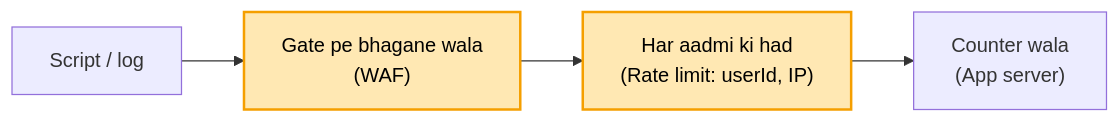
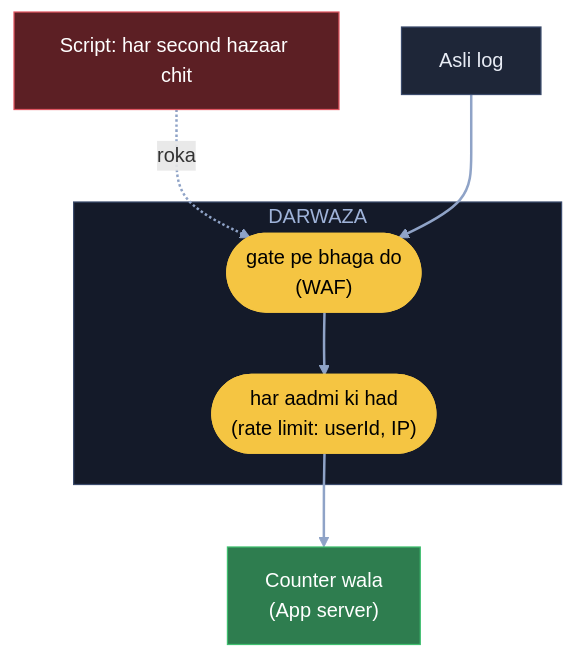
Before and after one commit to ArpanMaheshwari144/Prep: diagram 13 of 13 in 04_HLD/SYSTEM_DESIGNS/01_url_shortener/01_url_shortener.md, drawn with Mermaid. The commit also changed other lines of this file, not shown here.

Commit message:
URL shortener: 13 diagram YouTube (reel) wale card andaaz me

````diff
--- a/04_HLD/SYSTEM_DESIGNS/01_url_shortener/01_url_shortener.md
+++ b/04_HLD/SYSTEM_DESIGNS/01_url_shortener/01_url_shortener.md
@@ -289,8 +428,20 @@
 ```mermaid
-flowchart LR
-    S["Script / log"] --> W["Gate pe bhagane wala<br/>(WAF)"]
-    W --> G["Har aadmi ki had<br/>(Rate limit: userId, IP)"]
-    G --> C["Counter wala<br/>(App server)"]
-    style W fill:#ffe8b3,stroke:#f59f00,stroke-width:2px,color:#000
-    style G fill:#ffe8b3,stroke:#f59f00,stroke-width:2px,color:#000
+flowchart TB
+    S["Script: har second hazaar chit"]:::bad
+    L["Asli log"]:::card
+    subgraph G["DARWAZA"]
+        W(["gate pe bhaga do<br/>(WAF)"]):::pill
+        RL(["har aadmi ki had<br/>(rate limit: userId, IP)"]):::pill
+    end
+    C["Counter wala<br/>(App server)"]:::good
+    S -. "roka" .-> W
+    L --> W
+    W --> RL
+    RL --> C
+    linkStyle default stroke:#8fa3c7,stroke-width:2px
+    classDef card fill:#1e2638,stroke:#3a4a6b,color:#e8ecf5
+    classDef pill fill:#f5c542,stroke:#f5c542,color:#000
+    classDef good fill:#2e7d4f,stroke:#3fbf6f,color:#fff
+    classDef bad fill:#5c1f24,stroke:#e05561,color:#fff
+    style G fill:#141a29,stroke:#3a4a6b,color:#9fb3d9
 ```
````
